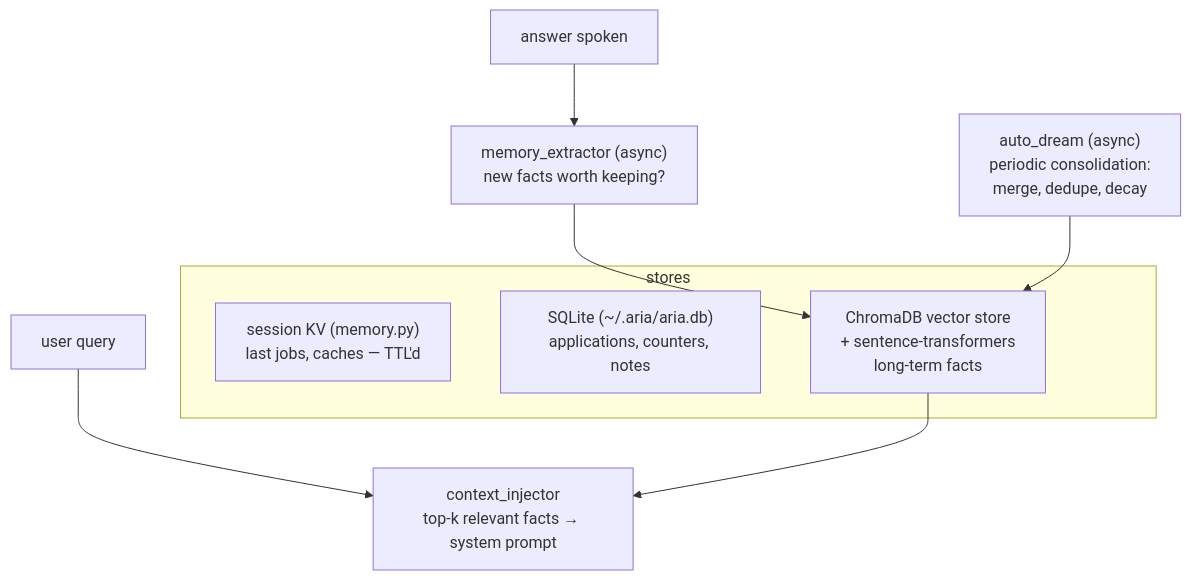
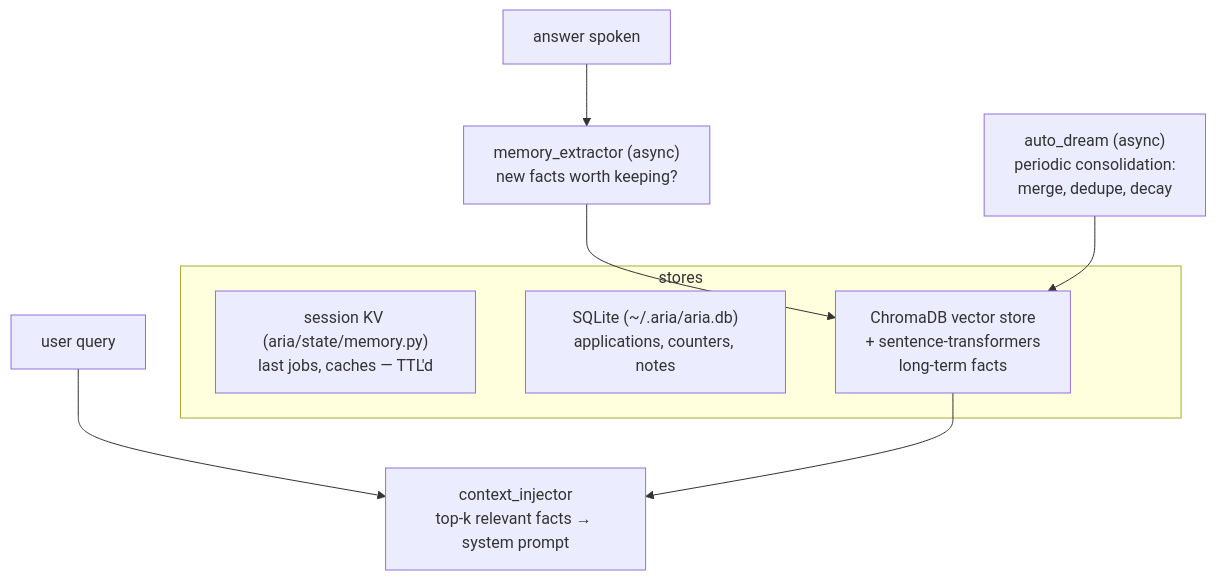
Before and after one commit to Bhanu1299/Aria: the fourth of 5 diagrams in ARCHITECTURE.md, drawn with Mermaid. The commit also changed other lines of this file and 211 other files, not shown here.

First line of the commit message:
refactor(architecture): flat root → aria/ package, grouped by concern

````diff
--- a/ARCHITECTURE.md
+++ b/ARCHITECTURE.md
@@ -159,13 +159,13 @@
 ```mermaid
 flowchart TB
     Q["user query"] --> INJ["context_injector<br/>top-k relevant facts → system prompt"]
     subgraph stores [" stores "]
-        S1["session KV (memory.py)<br/>last jobs, caches — TTL'd"]
+        S1["session KV (aria/state/memory.py)<br/>last jobs, caches — TTL'd"]
         S2["SQLite (~/.aria/aria.db)<br/>applications, counters, notes"]
         S3["ChromaDB vector store<br/>+ sentence-transformers<br/>long-term facts"]
     end
     ANS["answer spoken"] --> EXT["memory_extractor (async)<br/>new facts worth keeping?"]
     EXT --> S3
     DREAM["auto_dream (async)<br/>periodic consolidation:<br/>merge, dedupe, decay"] --> S3
     S3 --> INJ
 ```
````
